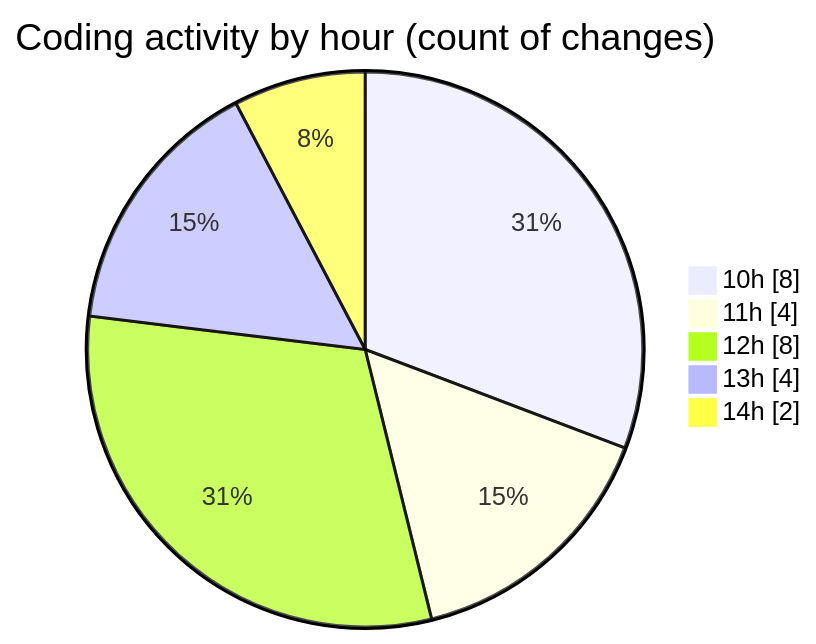
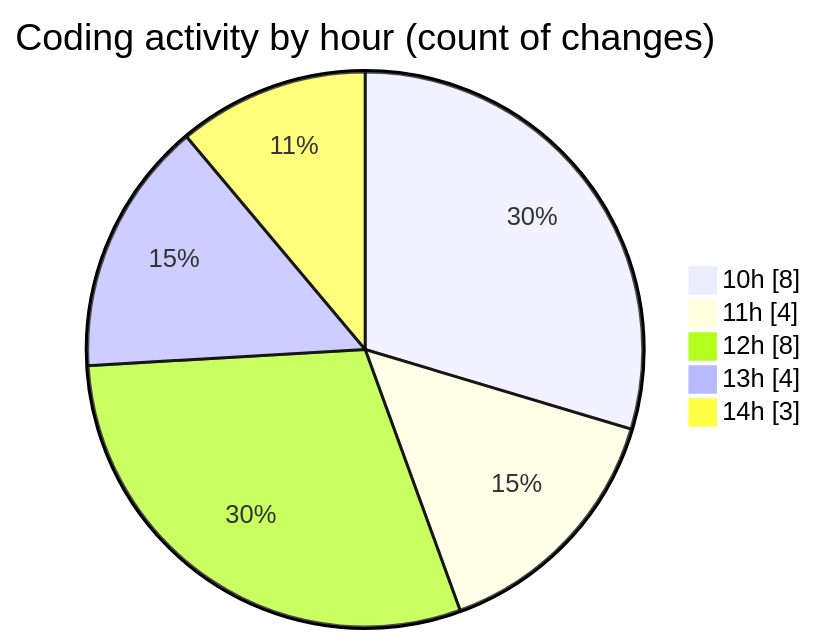
One commit to nxtqubesakshisongat/code-tracking changed the second of 2 diagrams in 2025-08-07/nxtqube_webapp/README.md. Above: the diagram before and after it, drawn with Mermaid. The commit also changed other lines of this file and 1 other file, not shown here.

````diff
--- a/2025-08-07/nxtqube_webapp/README.md
+++ b/2025-08-07/nxtqube_webapp/README.md
@@ -35,9 +35,9 @@
 ```mermaid
 pie showData
 title Coding activity by hour (count of changes)
 "10h" : 8
 "11h" : 4
 "12h" : 8
 "13h" : 4
-"14h" : 2
+"14h" : 3
 ```
````
